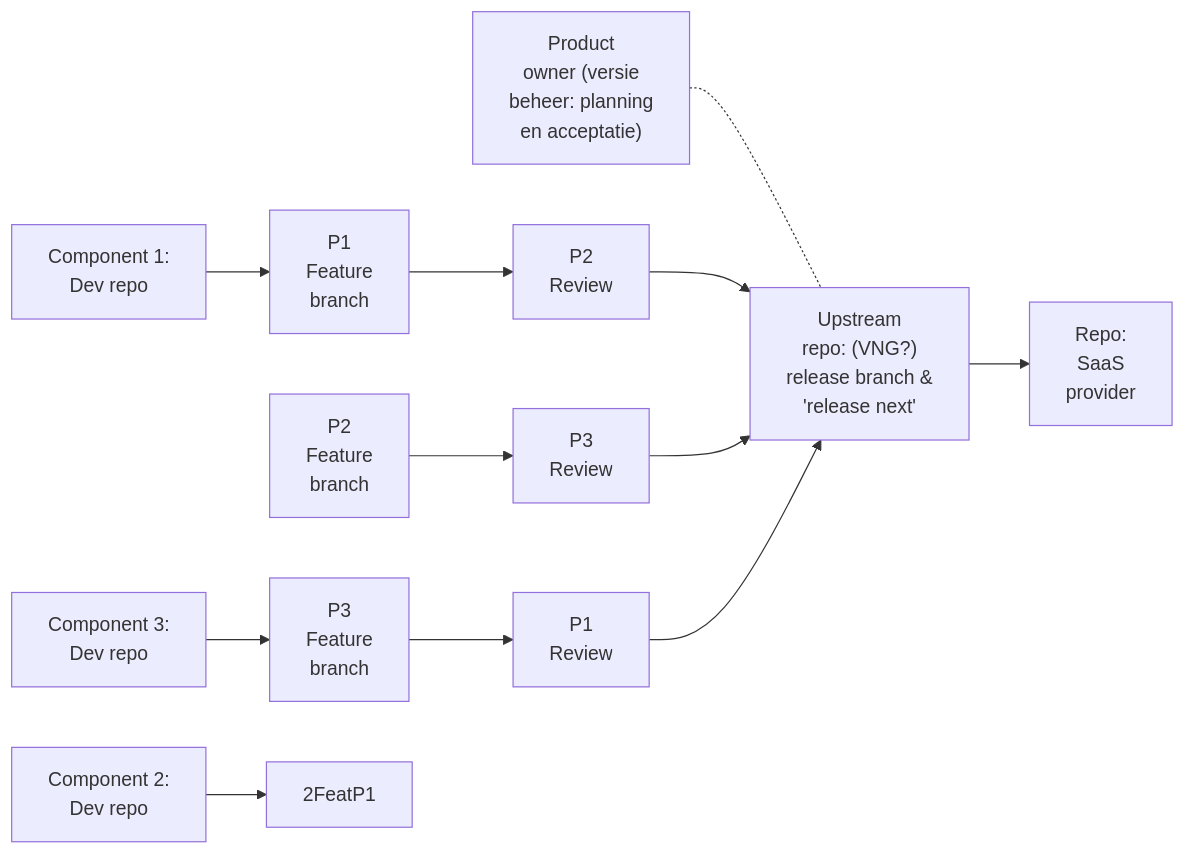
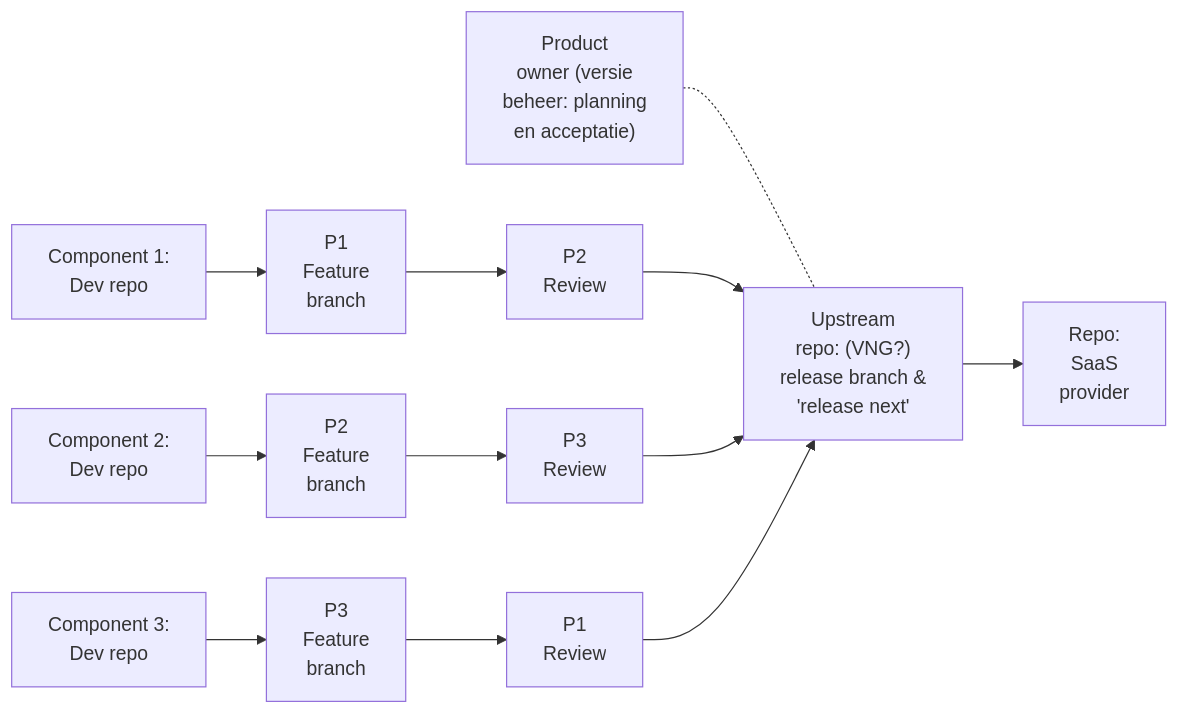
Before and after one commit to open-zaak/samenwerken: the third of 3 diagrams in docs/verslag-ecosysteem-en-rollen.md, drawn with Mermaid.

````diff
--- a/docs/verslag-ecosysteem-en-rollen.md
+++ b/docs/verslag-ecosysteem-en-rollen.md
@@ -169,49 +169,49 @@
 ```mermaid
 graph LR
     %% Nodes
     
     %% Left Side: Components
     Dev1["Component 1:<br/>Dev repo"]
     Dev2["Component 2:<br/>Dev repo"]
     Dev3["Component 3:<br/>Dev repo"]
 
     %% Reviews
     1FeatP1["P1<br/>Feature<br/>branch"]
     1ReviewP2["P2<br/>Review"]
 
     2FeatP2["P2<br/>Feature<br/>branch"]
     2ReviewP3["P3<br/>Review"]
 
     3FeatP3["P3<br/>Feature<br/>branch"]
     3ReviewP1["P1<br/>Review"]
 
     %% Center: Upstream & Management
     Upstream["Upstream<br/>repo: (VNG?)<br/>release branch &<br/>'release next'"]
     PO["Product<br/>owner (versie<br/>beheer: planning<br/>en acceptatie)"]
 
     %% Right Side: SaaS
     SaaS["Repo:<br/>SaaS<br/>provider"]
 
     %% Connections
     
     %% PO Logic (dotted line for oversight)
     PO -.- Upstream
 
     %% Component 1
     Dev1 --> 1FeatP1
     1FeatP1 --> 1ReviewP2
     1ReviewP2 --> Upstream
 
     %% Component 2
-    Dev2 --> 2FeatP1
+    Dev2 --> 2FeatP2
     2FeatP2 --> 2ReviewP3
     2ReviewP3 --> Upstream
 
     %% Component 3
     Dev3 --> 3FeatP3
     3FeatP3 --> 3ReviewP1
     3ReviewP1 --> Upstream
 
     %% Downstream / Release
     Upstream --> SaaS
 ```
````
